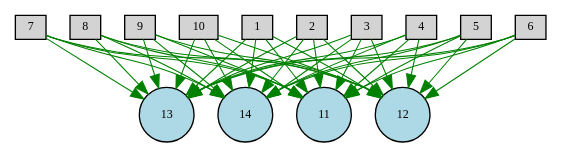
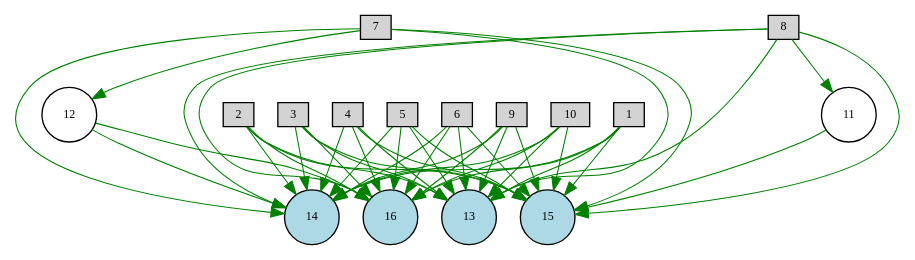
Before and after one commit to lodderwin/SNN_thesis: the diagram in NEAT_CMA_SNN_2D_FLIGHT/Digraph.gv, drawn with Graphviz. The commit also changed 14 other files, not shown here.

```diff
--- a/NEAT_CMA_SNN_2D_FLIGHT/Digraph.gv
+++ b/NEAT_CMA_SNN_2D_FLIGHT/Digraph.gv
@@ -1,57 +1,63 @@
 digraph {
 	node [fontsize=9 height=0.2 shape=circle width=0.2]
 	1 [fillcolor=lightgray shape=box style=filled]
 	2 [fillcolor=lightgray shape=box style=filled]
 	3 [fillcolor=lightgray shape=box style=filled]
 	4 [fillcolor=lightgray shape=box style=filled]
 	5 [fillcolor=lightgray shape=box style=filled]
 	6 [fillcolor=lightgray shape=box style=filled]
 	7 [fillcolor=lightgray shape=box style=filled]
 	8 [fillcolor=lightgray shape=box style=filled]
 	9 [fillcolor=lightgray shape=box style=filled]
 	10 [fillcolor=lightgray shape=box style=filled]
-	11 [fillcolor=lightblue style=filled]
-	12 [fillcolor=lightblue style=filled]
+	15 [fillcolor=lightblue style=filled]
+	16 [fillcolor=lightblue style=filled]
 	13 [fillcolor=lightblue style=filled]
 	14 [fillcolor=lightblue style=filled]
-	1 -> 11 [color=green penwidth=0.8 style=solid]
-	1 -> 12 [color=green penwidth=0.8 style=solid]
+	11 [fillcolor=white style=filled]
+	12 [fillcolor=white style=filled]
+	1 -> 15 [color=green penwidth=0.8 style=solid]
+	1 -> 16 [color=green penwidth=0.8 style=solid]
 	1 -> 13 [color=green penwidth=0.8 style=solid]
 	1 -> 14 [color=green penwidth=0.8 style=solid]
-	2 -> 11 [color=green penwidth=0.8 style=solid]
-	2 -> 12 [color=green penwidth=0.8 style=solid]
+	2 -> 15 [color=green penwidth=0.8 style=solid]
+	2 -> 16 [color=green penwidth=0.8 style=solid]
 	2 -> 13 [color=green penwidth=0.8 style=solid]
 	2 -> 14 [color=green penwidth=0.8 style=solid]
-	3 -> 11 [color=green penwidth=0.8 style=solid]
-	3 -> 12 [color=green penwidth=0.8 style=solid]
+	3 -> 15 [color=green penwidth=0.8 style=solid]
+	3 -> 16 [color=green penwidth=0.8 style=solid]
 	3 -> 13 [color=green penwidth=0.8 style=solid]
 	3 -> 14 [color=green penwidth=0.8 style=solid]
-	4 -> 11 [color=green penwidth=0.8 style=solid]
-	4 -> 12 [color=green penwidth=0.8 style=solid]
+	4 -> 15 [color=green penwidth=0.8 style=solid]
+	4 -> 16 [color=green penwidth=0.8 style=solid]
 	4 -> 13 [color=green penwidth=0.8 style=solid]
 	4 -> 14 [color=green penwidth=0.8 style=solid]
-	5 -> 11 [color=green penwidth=0.8 style=solid]
-	5 -> 12 [color=green penwidth=0.8 style=solid]
+	5 -> 15 [color=green penwidth=0.8 style=solid]
+	5 -> 16 [color=green penwidth=0.8 style=solid]
 	5 -> 13 [color=green penwidth=0.8 style=solid]
 	5 -> 14 [color=green penwidth=0.8 style=solid]
-	6 -> 11 [color=green penwidth=0.8 style=solid]
-	6 -> 12 [color=green penwidth=0.8 style=solid]
+	6 -> 15 [color=green penwidth=0.8 style=solid]
+	6 -> 16 [color=green penwidth=0.8 style=solid]
 	6 -> 13 [color=green penwidth=0.8 style=solid]
 	6 -> 14 [color=green penwidth=0.8 style=solid]
-	7 -> 11 [color=green penwidth=0.8 style=solid]
-	7 -> 12 [color=green penwidth=0.8 style=solid]
+	7 -> 15 [color=green penwidth=0.8 style=solid]
 	7 -> 13 [color=green penwidth=0.8 style=solid]
 	7 -> 14 [color=green penwidth=0.8 style=solid]
-	8 -> 11 [color=green penwidth=0.8 style=solid]
-	8 -> 12 [color=green penwidth=0.8 style=solid]
+	8 -> 15 [color=green penwidth=0.8 style=solid]
+	8 -> 16 [color=green penwidth=0.8 style=solid]
 	8 -> 13 [color=green penwidth=0.8 style=solid]
 	8 -> 14 [color=green penwidth=0.8 style=solid]
-	9 -> 11 [color=green penwidth=0.8 style=solid]
-	9 -> 12 [color=green penwidth=0.8 style=solid]
+	9 -> 15 [color=green penwidth=0.8 style=solid]
+	9 -> 16 [color=green penwidth=0.8 style=solid]
 	9 -> 13 [color=green penwidth=0.8 style=solid]
 	9 -> 14 [color=green penwidth=0.8 style=solid]
-	10 -> 11 [color=green penwidth=0.8 style=solid]
-	10 -> 12 [color=green penwidth=0.8 style=solid]
+	10 -> 15 [color=green penwidth=0.8 style=solid]
+	10 -> 16 [color=green penwidth=0.8 style=solid]
 	10 -> 13 [color=green penwidth=0.8 style=solid]
 	10 -> 14 [color=green penwidth=0.8 style=solid]
+	8 -> 11 [color=green penwidth=0.8 style=solid]
+	11 -> 15 [color=green penwidth=0.8 style=solid]
+	7 -> 12 [color=green penwidth=0.8 style=solid]
+	12 -> 16 [color=green penwidth=0.8 style=solid]
+	12 -> 14 [color=green penwidth=0.8 style=solid]
 }
```
